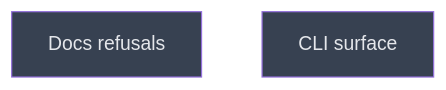
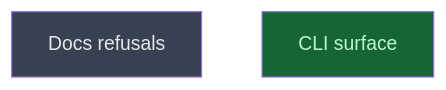
Before and after one commit to CrackingShells/Candler: the diagram in __roadmap__/m3-lean-cli/verbs/surfaces/closeout/README.md, drawn with Mermaid. The commit also changed other lines of this file, not shown here.

Commit message:
rdm(cli): mark cli_surface done

````diff
--- a/__roadmap__/m3-lean-cli/verbs/surfaces/closeout/README.md
+++ b/__roadmap__/m3-lean-cli/verbs/surfaces/closeout/README.md
@@ -25,10 +25,10 @@
 ```mermaid
 graph TD
     docs_refusals[Docs refusals]:::planned
-    cli_surface[CLI surface]:::planned
+    cli_surface[CLI surface]:::done
     classDef done       fill:#166534,color:#bbf7d0
     classDef inprogress fill:#854d0e,color:#fef08a
     classDef planned    fill:#374151,color:#e5e7eb
     classDef amendment  fill:#1e3a5f,color:#bfdbfe
     classDef blocked    fill:#7f1d1d,color:#fecaca
 ```
````
